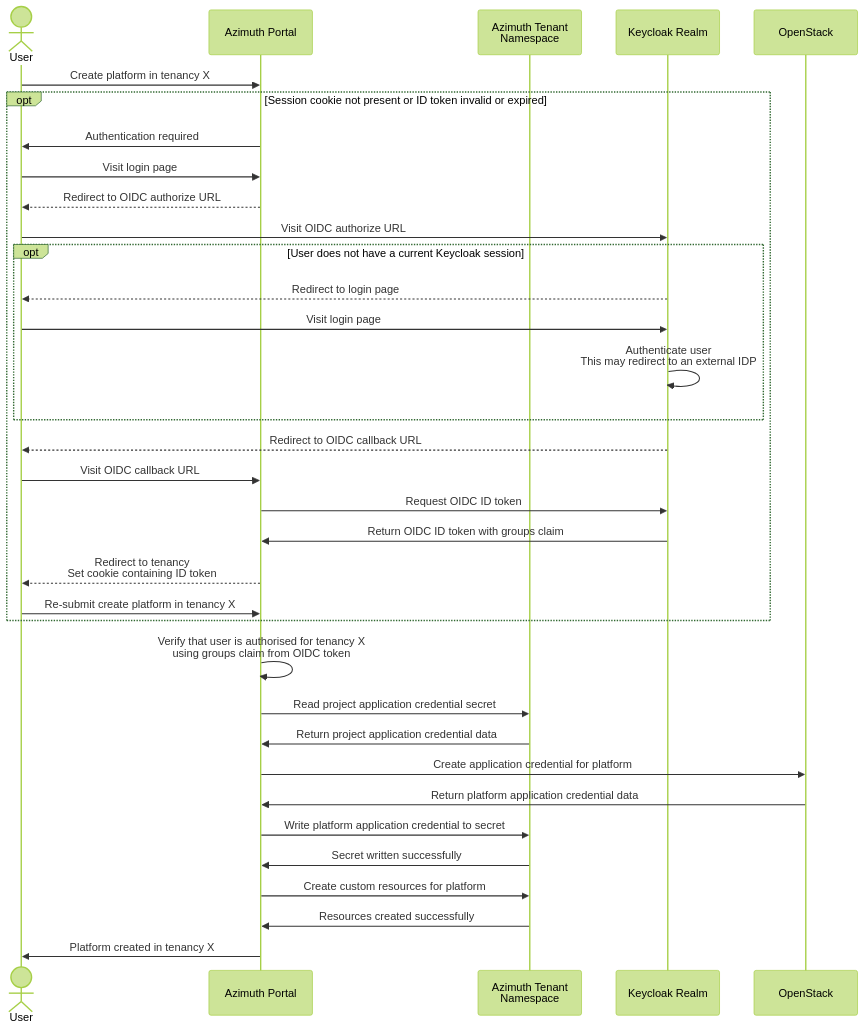
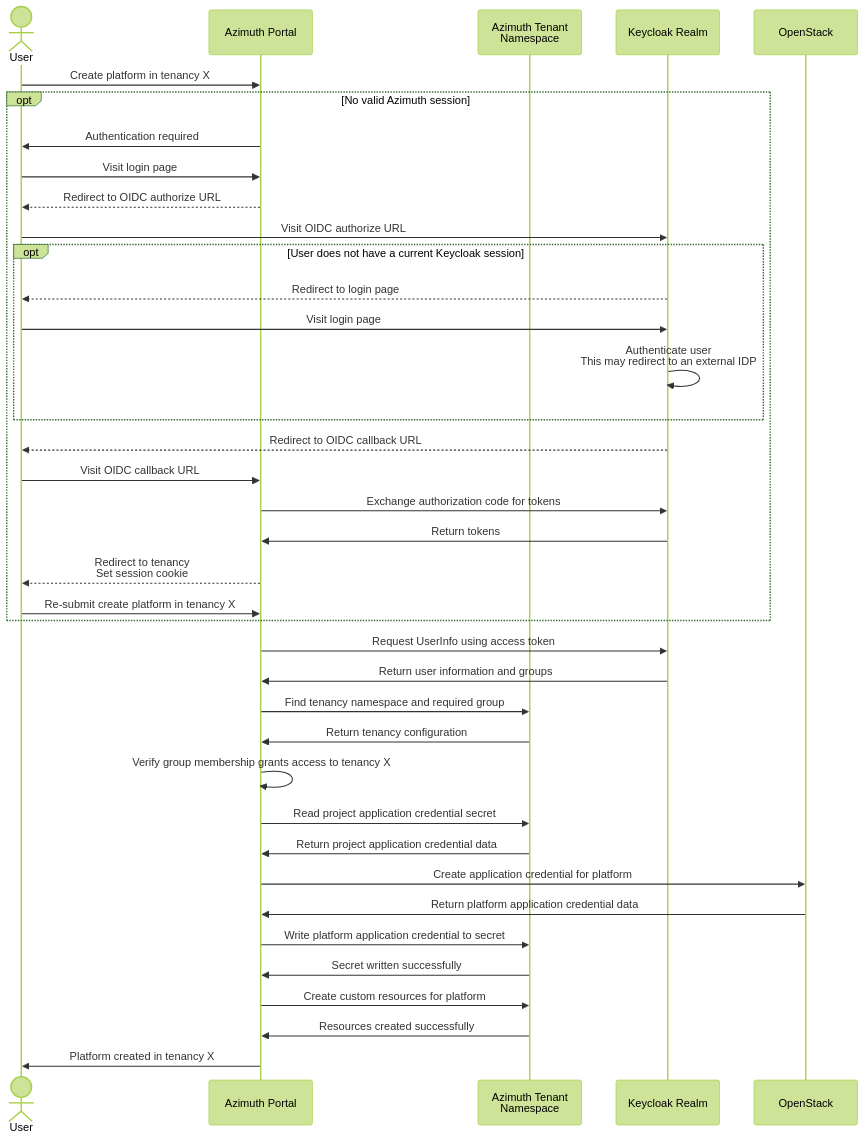
Before and after one commit to azimuth-cloud/azimuth-config: the second of 3 diagrams in docs/architecture/identity.md, drawn with Mermaid (forest theme). The commit also changed other lines of this file and 4 other files, not shown here.

````diff
--- a/docs/architecture/identity.md
+++ b/docs/architecture/identity.md
@@ -187,37 +199,41 @@
 ```mermaid
 sequenceDiagram
   actor U as User
   participant A as Azimuth Portal
   participant N as Azimuth Tenant<br/>Namespace
   participant K as Keycloak Realm
   participant O as OpenStack
 
   U ->> A: Create platform in tenancy X
-  opt Session cookie not present or ID token invalid or expired
+  opt No valid Azimuth session
     A ->> U: Authentication required
     U ->> A: Visit login page
     A -->> U: Redirect to OIDC authorize URL
     U ->> K: Visit OIDC authorize URL
     opt User does not have a current Keycloak session
       K -->> U: Redirect to login page
       U ->> K: Visit login page
       K ->> K: Authenticate user<br/>This may redirect to an external IDP
     end
     K -->> U: Redirect to OIDC callback URL
     U ->> A: Visit OIDC callback URL
-    A ->> K: Request OIDC ID token
-    K ->> A: Return OIDC ID token with groups claim
-    A -->> U: Redirect to tenancy<br/>Set cookie containing ID token
+    A ->> K: Exchange authorization code for tokens
+    K ->> A: Return tokens
+    A -->> U: Redirect to tenancy<br/>Set session cookie
     U ->> A: Re-submit create platform in tenancy X
   end
-  A ->> A: Verify that user is authorised for tenancy X<br/>using groups claim from OIDC token
+  A ->> K: Request UserInfo using access token
+  K ->> A: Return user information and groups
+  A ->> N: Find tenancy namespace and required group
+  N ->> A: Return tenancy configuration
+  A ->> A: Verify group membership grants access to tenancy X
   A ->> N: Read project application credential secret
   N ->> A: Return project application credential data
   A ->> O: Create application credential for platform
   O ->> A: Return platform application credential data
   A ->> N: Write platform application credential to secret
   N ->> A: Secret written successfully
   A ->> N: Create custom resources for platform
   N ->> A: Resources created successfully
   A ->> U: Platform created in tenancy X
 ```
````
